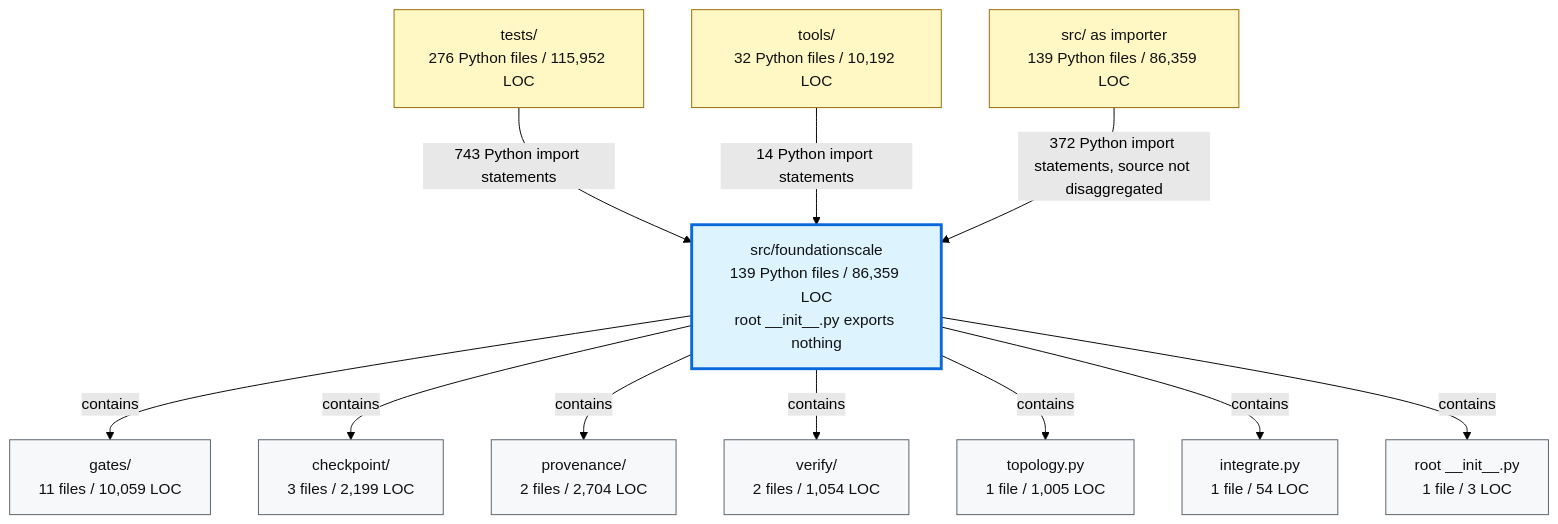
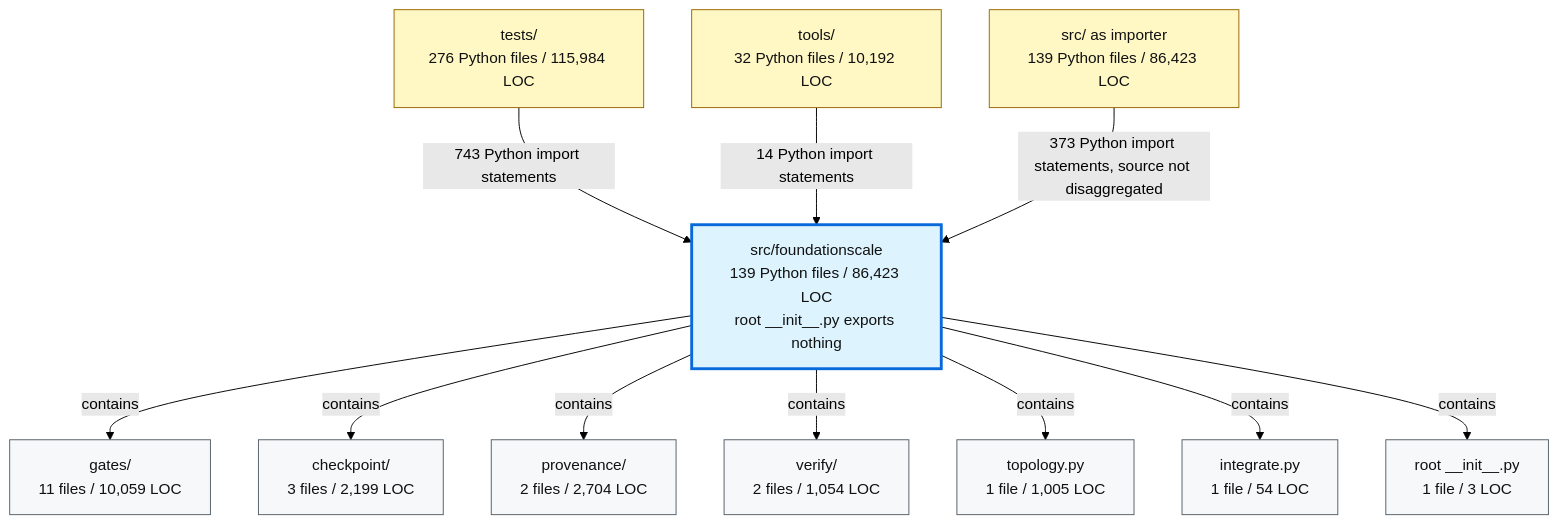
The second of 2 diagrams in docs/review/D2_current_architecture.md (TranNhiem/FoundationScale), drawn with Mermaid (forest theme) before and after one commit. The commit also changed other lines of this file and 10 other files, not shown here.

````diff
--- a/docs/review/D2_current_architecture.md
+++ b/docs/review/D2_current_architecture.md
@@ -97,36 +97,36 @@
 ```mermaid
 flowchart TB
-  TESTS["tests/<br/>276 Python files / 115,952 LOC"]
+  TESTS["tests/<br/>276 Python files / 115,984 LOC"]
   TOOLS["tools/<br/>32 Python files / 10,192 LOC"]
-  SRC["src/ as importer<br/>139 Python files / 86,359 LOC"]
+  SRC["src/ as importer<br/>139 Python files / 86,423 LOC"]
 
-  FS["src/foundationscale<br/>139 Python files / 86,359 LOC<br/>root __init__.py exports nothing"]
+  FS["src/foundationscale<br/>139 Python files / 86,423 LOC<br/>root __init__.py exports nothing"]
 
   GATES["gates/<br/>11 files / 10,059 LOC"]
   CKPT["checkpoint/<br/>3 files / 2,199 LOC"]
   PROV["provenance/<br/>2 files / 2,704 LOC"]
   VERIFY["verify/<br/>2 files / 1,054 LOC"]
   TOPO["topology.py<br/>1 file / 1,005 LOC"]
   INTEG["integrate.py<br/>1 file / 54 LOC"]
   ROOT["root __init__.py<br/>1 file / 3 LOC"]
 
   TESTS -->|"743 Python import statements"| FS
   TOOLS -->|"14 Python import statements"| FS
-  SRC -->|"372 Python import statements, source not disaggregated"| FS
+  SRC -->|"373 Python import statements, source not disaggregated"| FS
 
   FS -->|"contains"| GATES
   FS -->|"contains"| CKPT
   FS -->|"contains"| PROV
   FS -->|"contains"| VERIFY
   FS -->|"contains"| TOPO
   FS -->|"contains"| INTEG
   FS -->|"contains"| ROOT
 
   classDef consumer fill:#fff8c5,stroke:#9a6700,color:#111;
   classDef package fill:#ddf4ff,stroke:#0969da,stroke-width:3px,color:#111;
   classDef module fill:#f6f8fa,stroke:#57606a,color:#111;
 
   class TESTS,TOOLS,SRC consumer;
   class FS package;
   class GATES,CKPT,PROV,VERIFY,TOPO,INTEG,ROOT module;
 ```
````
